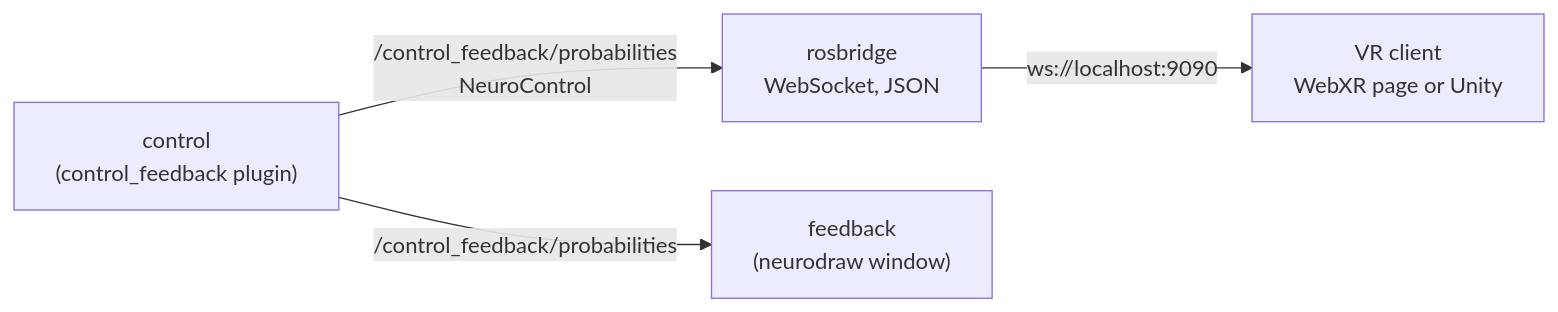
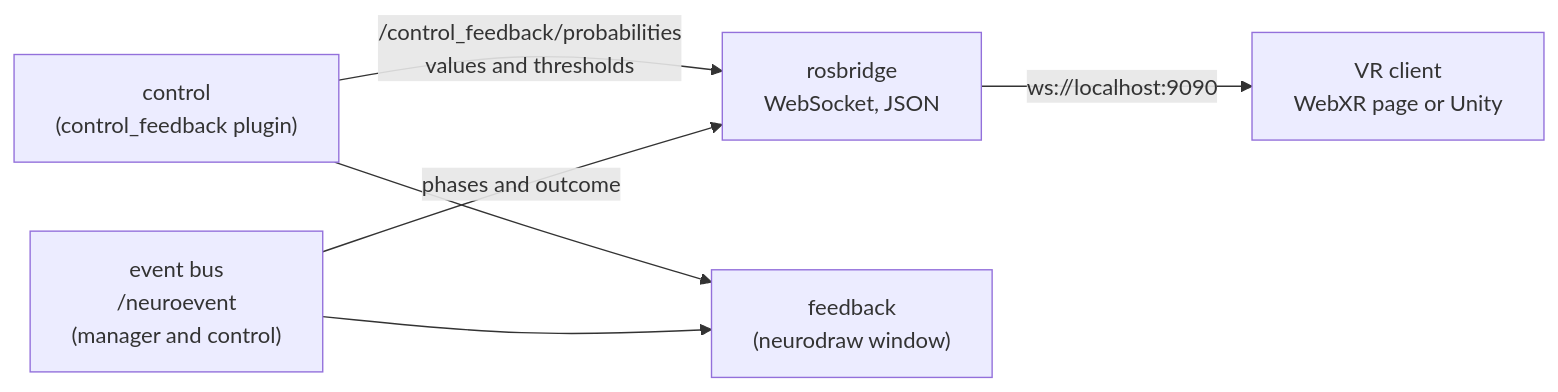
The first of 2 diagrams in docs/tutorials/vr-feedback/index.md (ros2neuro/docs), drawn with Mermaid before and after one commit. The commit also changed other lines of this file and 104 other files, not shown here.

````diff
--- a/docs/tutorials/vr-feedback/index.md
+++ b/docs/tutorials/vr-feedback/index.md
@@ -30,6 +30,8 @@
 ```mermaid
 flowchart LR
-    MAN["control<br/>(control_feedback plugin)"] -->|"/control_feedback/probabilities<br/>NeuroControl"| RB["rosbridge<br/>WebSocket, JSON"]
+    CTL["control<br/>(control_feedback plugin)"] -->|"/control_feedback/probabilities<br/>values and thresholds"| RB["rosbridge<br/>WebSocket, JSON"]
+    BUS["event bus<br/>/neuroevent<br/>(manager and control)"] -->|"phases and outcome"| RB
     RB -->|"ws://localhost:9090"| VR["VR client<br/>WebXR page or Unity"]
-    MAN -->|"/control_feedback/probabilities"| FB["feedback<br/>(neurodraw window)"]
+    CTL --> FB["feedback<br/>(neurodraw window)"]
+    BUS --> FB
 ```
````
